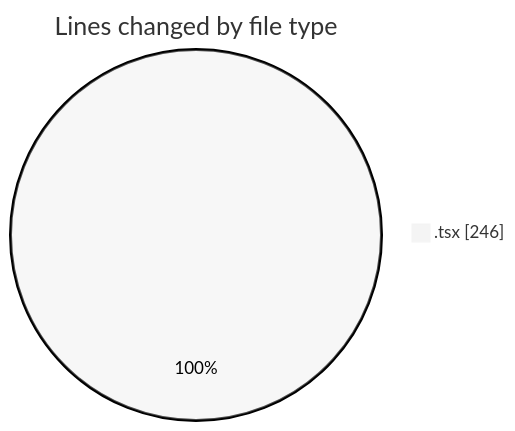
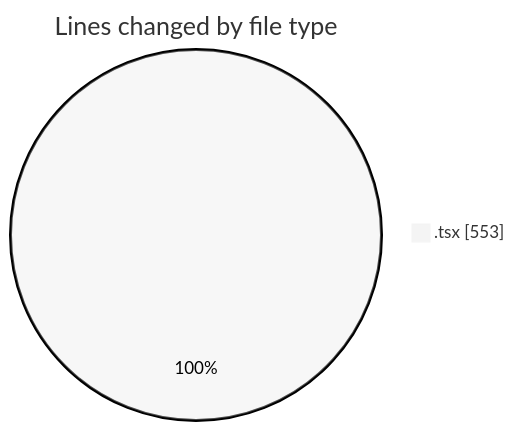
The first of 2 diagrams in 2025-02-27/audiobooks-web/README.md (robertbonfada/code-tracking), drawn with Mermaid (neutral theme) before and after one commit. The commit also changed other lines of this file and 1 other file, not shown here.

````diff
--- a/2025-02-27/audiobooks-web/README.md
+++ b/2025-02-27/audiobooks-web/README.md
@@ -23,5 +25,5 @@
 ```mermaid
 pie showData
 title Lines changed by file type
-".tsx" : 246
+".tsx" : 553
 ```
````
